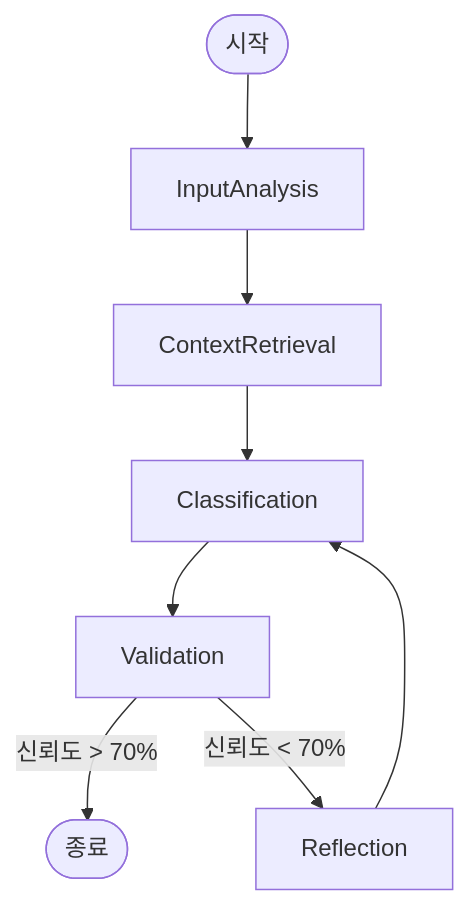
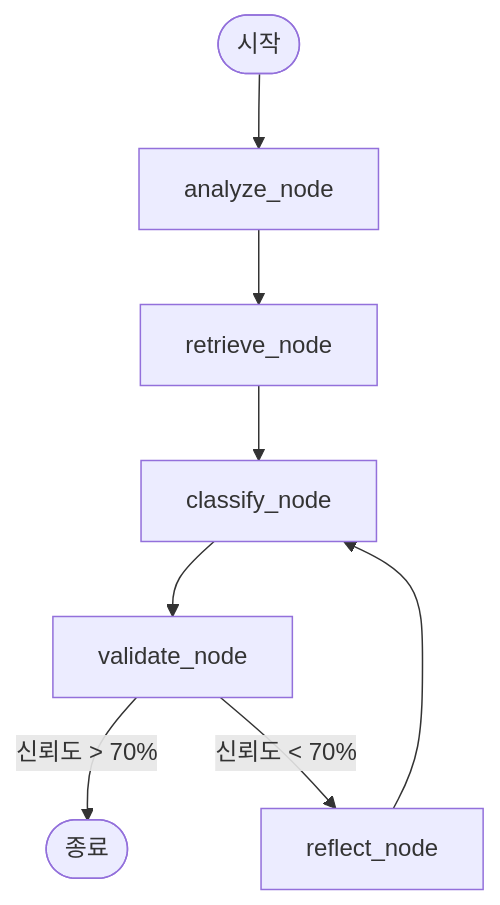
Before and after one commit to jjaayy2222/flownote-mvp: the diagram in docs/P/v7.0_planning/v7.0_phase1_design.md, drawn with Mermaid. The commit also changed other lines of this file and 2 other files, not shown here.

````diff
--- a/docs/P/v7.0_planning/v7.0_phase1_design.md
+++ b/docs/P/v7.0_planning/v7.0_phase1_design.md
@@ -20,10 +20,10 @@
 ```mermaid
 graph TD
-    Start([시작]) --> InputAnalysis
-    InputAnalysis --> ContextRetrieval
-    ContextRetrieval --> Classification
-    Classification --> Validation
-    Validation -- 신뢰도 > 70% --> End([종료])
-    Validation -- 신뢰도 < 70% --> Reflection
-    Reflection --> Classification
+    Start([시작]) --> analyze_node
+    analyze_node --> retrieve_node
+    retrieve_node --> classify_node
+    classify_node --> validate_node
+    validate_node -- 신뢰도 > 70% --> End([종료])
+    validate_node -- 신뢰도 < 70% --> reflect_node
+    reflect_node --> classify_node
 ```
````
